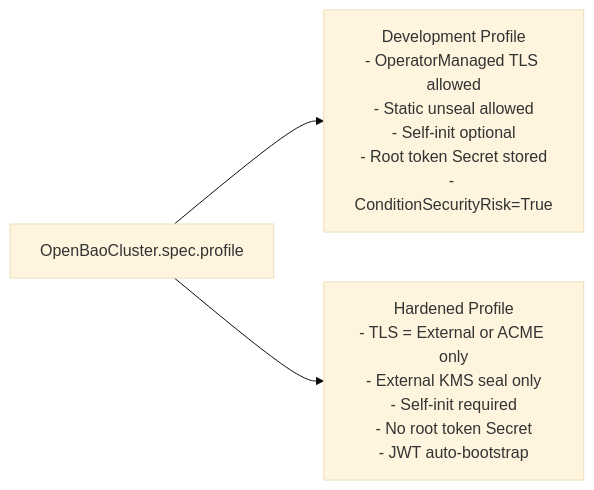
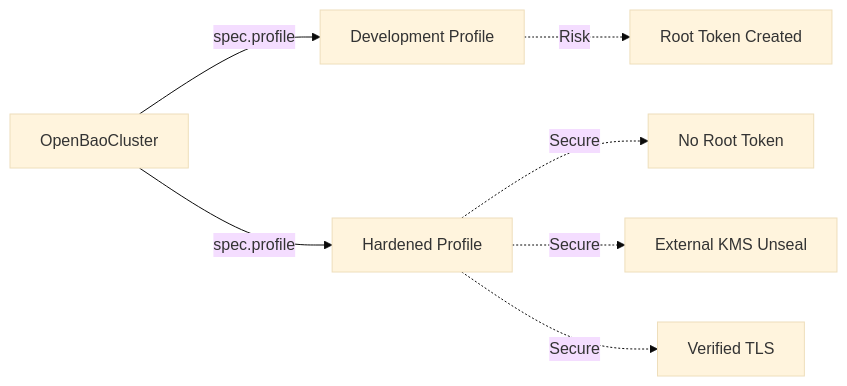
One commit to dc-tec/openbao-operator changed the diagram in docs/user-guide/openbaocluster/configuration/security-profiles.md. Above: the diagram before and after it, drawn with Mermaid (base theme). The commit also changed other lines of this file and 75 other files, not shown here.

````diff
--- a/docs/user-guide/openbaocluster/configuration/security-profiles.md
+++ b/docs/user-guide/openbaocluster/configuration/security-profiles.md
@@ -7,9 +20,14 @@
 ```mermaid
 flowchart LR
-    Cluster["OpenBaoCluster.spec.profile"]
-    Dev["Development Profile<br/>- OperatorManaged TLS allowed<br/>- Static unseal allowed<br/>- Self-init optional<br/>- Root token Secret stored<br/>- ConditionSecurityRisk=True"]
-    Hard["Hardened Profile<br/>- TLS = External or ACME only<br/>- External KMS seal only<br/>- Self-init required<br/>- No root token Secret<br/>- JWT auto-bootstrap"]
+    Cluster["OpenBaoCluster"]
+    Dev["Development Profile"]
+    Hard["Hardened Profile"]
 
-    Cluster --> Dev
-    Cluster --> Hard
+    Cluster -->|spec.profile| Dev
+    Cluster -->|spec.profile| Hard
+
+    Dev -.->|Risk| RootToken[Root Token Created]
+    Hard -.->|Secure| NoRoot[No Root Token]
+    Hard -.->|Secure| KMS[External KMS Unseal]
+    Hard -.->|Secure| EXT_TLS[Verified TLS]
 ```
````
